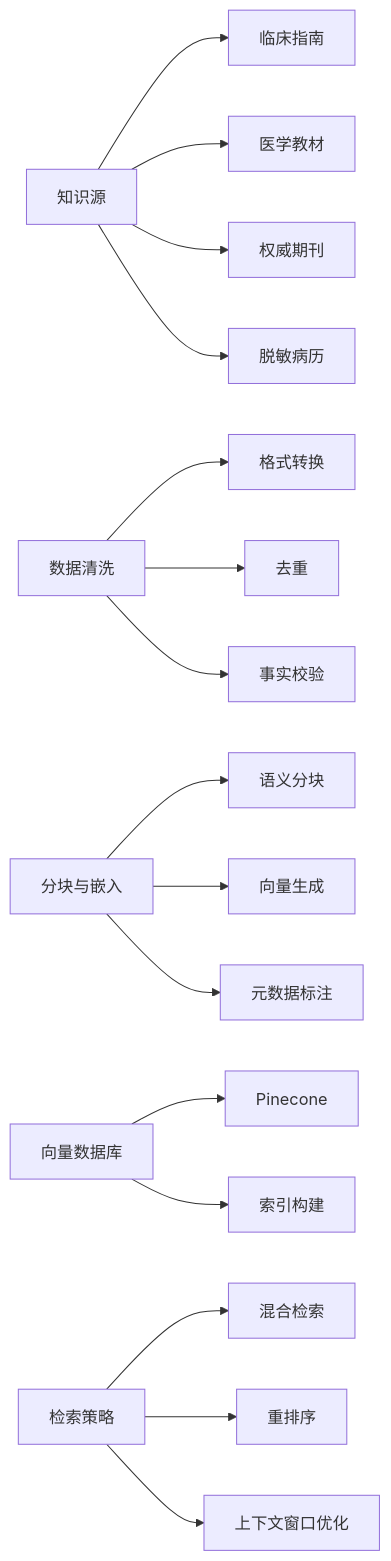
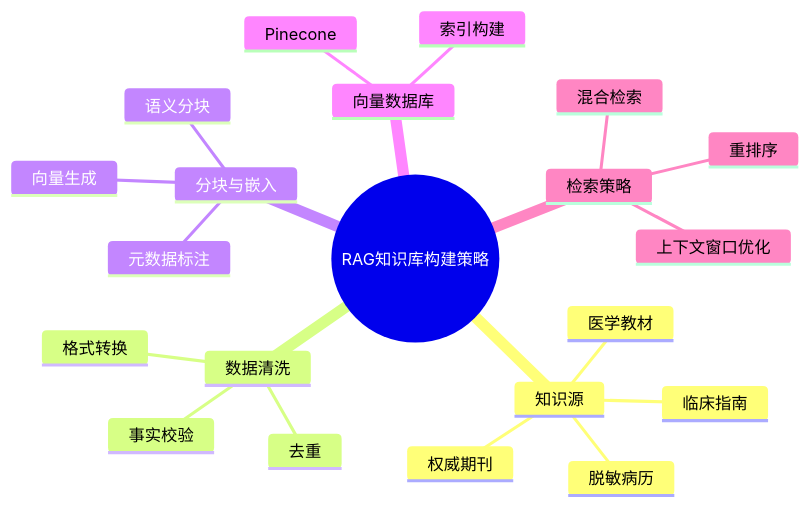
One commit to Viggo1/Viggo1.GitHub.io changed the third of 7 diagrams in _posts/2026-04-19-ChronicDisease.md. Above: the diagram before and after it, drawn with Mermaid. The commit also changed other lines of this file, not shown here.

```diff
--- a/_posts/2026-04-19-ChronicDisease.md
+++ b/_posts/2026-04-19-ChronicDisease.md
@@ -310,18 +348,24 @@
-        <div class="mermaid">
-        graph LR
-        A[知识源] --> A1[临床指南]
-        A --> A2[医学教材]
-        A --> A3[权威期刊]
-        A --> A4[脱敏病历]
-        B[数据清洗] --> B1[格式转换]
-        B --> B2[去重]
-        B --> B3[事实校验]
-        C[分块与嵌入] --> C1[语义分块]
-        C --> C2[向量生成]
-        C --> C3[元数据标注]
-        D[向量数据库] --> D1[Pinecone]
-        D --> D2[索引构建]
-        E[检索策略] --> E1[混合检索]
-        E --> E2[重排序]
-        E --> E3[上下文窗口优化]
+                <div class="mermaid mermaid-mindmap">
+                mindmap
+                    root((RAG知识库构建策略))
+                        知识源
+                            临床指南
+                            医学教材
+                            权威期刊
+                            脱敏病历
+                        数据清洗
+                            格式转换
+                            去重
+                            事实校验
+                        分块与嵌入
+                            语义分块
+                            向量生成
+                            元数据标注
+                        向量数据库
+                            Pinecone
+                            索引构建
+                        检索策略
+                            混合检索
+                            重排序
+                            上下文窗口优化
         </div>
```
